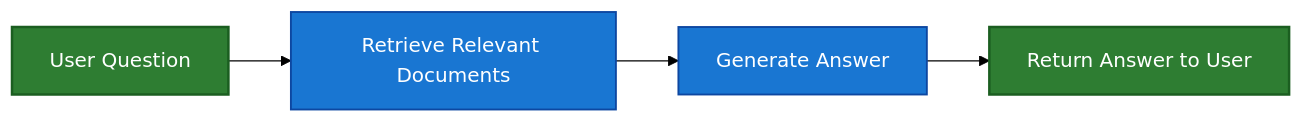
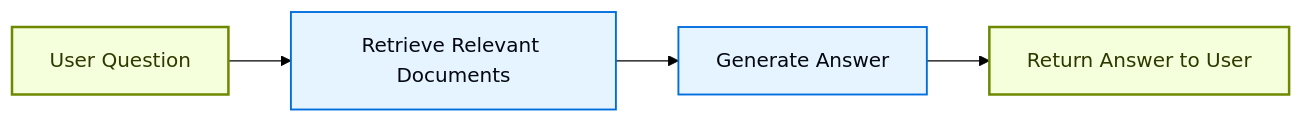
The second of 4 diagrams in vault/packages/langchain/latest/contents/langchain/retrieval.mdx (olorehq/olore), drawn with Mermaid (forest theme) before and after one commit. The commit also changed other lines of this file and 14210 other files, not shown here.

````diff
--- a/vault/packages/langchain/latest/contents/langchain/retrieval.mdx
+++ b/vault/packages/langchain/latest/contents/langchain/retrieval.mdx
@@ -135,13 +145,13 @@
 ```mermaid
 graph LR
     A[User Question] --> B["Retrieve Relevant Documents"]
     B --> C["Generate Answer"]
     C --> D[Return Answer to User]
 
     %% Styling
-    classDef startend fill:#2e7d32,stroke:#1b5e20,stroke-width:2px,color:#fff
-    classDef process fill:#1976d2,stroke:#0d47a1,stroke-width:1.5px,color:#fff
+    classDef startend fill:#F6FFDB,stroke:#6E8900,stroke-width:2px,color:#2E3900
+    classDef process fill:#E5F4FF,stroke:#006DDD,stroke-width:1.5px,color:#030710
 
     class A,D startend
     class B,C process
 ```
````
